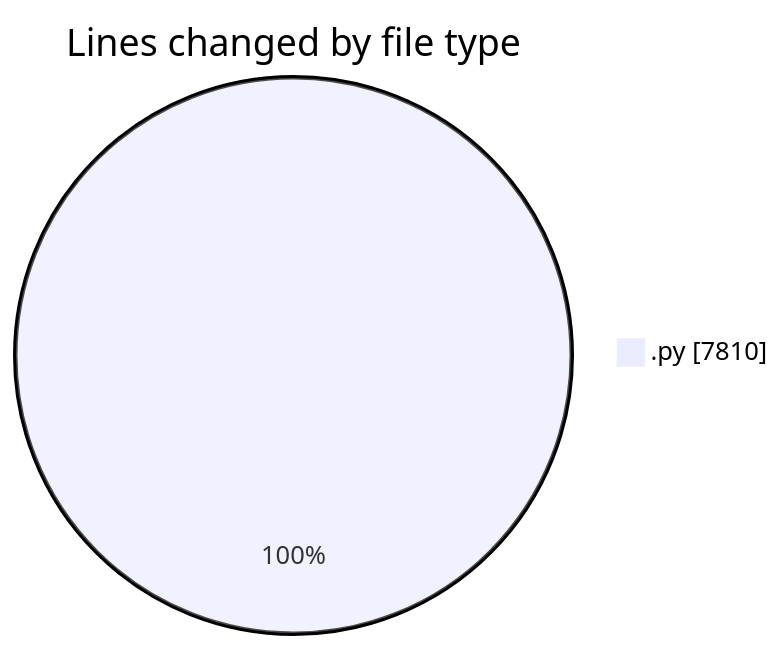
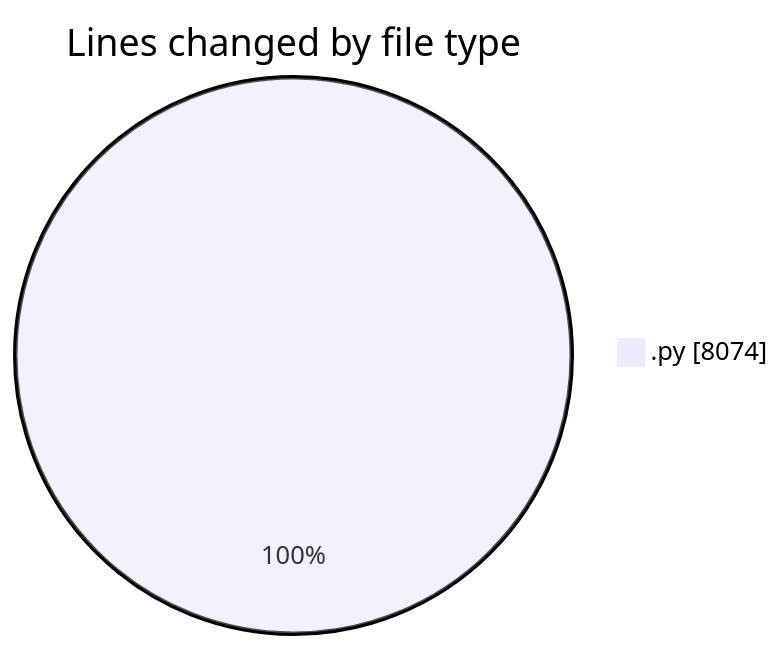
One commit to MatusMokan/code-tracking changed the first of 2 diagrams in 2025-04-18/myws__workspace_/README.md. Above: the diagram before and after it, drawn with Mermaid. The commit also changed other lines of this file and 1 other file, not shown here.

````diff
--- a/2025-04-18/myws__workspace_/README.md
+++ b/2025-04-18/myws__workspace_/README.md
@@ -26,5 +27,5 @@
 ```mermaid
 pie showData
 title Lines changed by file type
-".py" : 7810
+".py" : 8074
 ```
````
